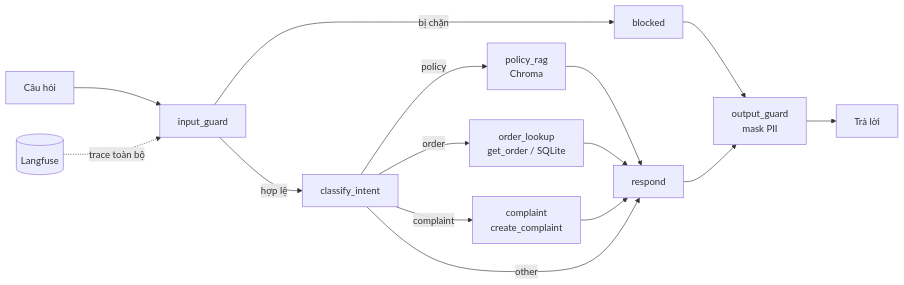
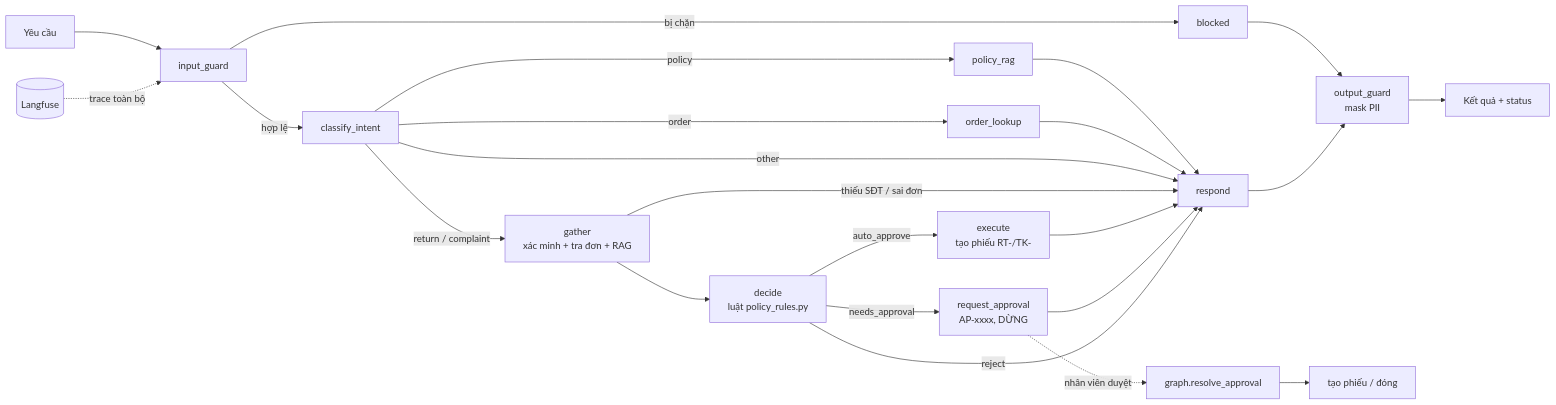
Before and after one commit to dambichloan/Nh-m-19: the diagram in docs/ARCHITECTURE.md, drawn with Mermaid. The commit also changed other lines of this file and 16 other files, not shown here.

````diff
--- a/docs/ARCHITECTURE.md
+++ b/docs/ARCHITECTURE.md
@@ -5,12 +17,18 @@
 ```mermaid
 flowchart LR
-    Q[Câu hỏi] --> IG[input_guard]
+    Q[Yêu cầu] --> IG[input_guard]
     IG -- bị chặn --> BL[blocked] --> OG
     IG -- hợp lệ --> CL[classify_intent]
-    CL -- policy --> RAG[policy_rag<br/>Chroma] --> RS[respond]
-    CL -- order --> OL[order_lookup<br/>get_order / SQLite] --> RS
-    CL -- complaint --> CP[complaint<br/>create_complaint] --> RS
+    CL -- policy --> RAG[policy_rag] --> RS[respond]
+    CL -- order --> OL[order_lookup] --> RS
+    CL -- return / complaint --> GA[gather<br/>xác minh + tra đơn + RAG]
     CL -- other --> RS
-    RS --> OG[output_guard<br/>mask PII] --> A[Trả lời]
+    GA -- thiếu SĐT / sai đơn --> RS
+    GA --> DE[decide<br/>luật policy_rules.py]
+    DE -- auto_approve --> EX[execute<br/>tạo phiếu RT-/TK-] --> RS
+    DE -- needs_approval --> AP[request_approval<br/>AP-xxxx, DỪNG] --> RS
+    DE -- reject --> RS
+    RS --> OG[output_guard<br/>mask PII] --> A[Kết quả + status]
+    AP -. nhân viên duyệt .-> RA[graph.resolve_approval] --> T[tạo phiếu / đóng]
     LF[(Langfuse)] -. trace toàn bộ .-> IG
 ```
````
